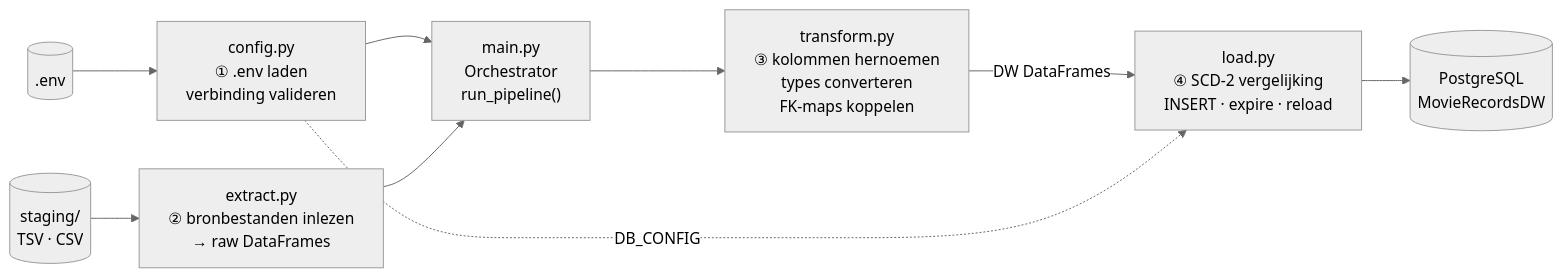
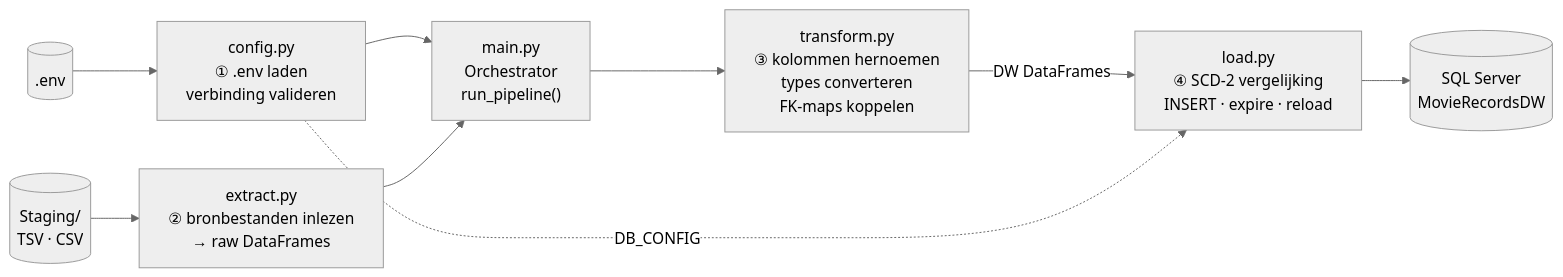
The first of 2 diagrams in README.md (TomBelmans/DataAnalist_MovieRecords_python_etl-pipeline), drawn with Mermaid (neutral theme) before and after one commit. The commit also changed other lines of this file and 10 other files, not shown here.

Commit message:
Microsoft SQL server implementatie

````diff
--- a/README.md
+++ b/README.md
@@ -25,16 +25,16 @@
 ```mermaid
 flowchart LR
     ENV[(".env")]
-    STAGING[("staging/\nTSV · CSV")]
-    DB[("PostgreSQL\nMovieRecordsDW")]
+    STAGING[("Staging/\nTSV · CSV")]
+    DB[("SQL Server\nMovieRecordsDW")]
 
     ENV --> config["config.py\n① .env laden\nverbinding valideren"]
     STAGING --> extract["extract.py\n② bronbestanden inlezen\n→ raw DataFrames"]
 
     config & extract --> main["main.py\nOrchestrator\nrun_pipeline()"]
 
     main --> transform["transform.py\n③ kolommen hernoemen\ntypes converteren\nFK-maps koppelen"]
     transform -->|"DW DataFrames"| load["load.py\n④ SCD-2 vergelijking\nINSERT · expire · reload"]
     config -.->|"DB_CONFIG"| load
     load --> DB
 ```
````
